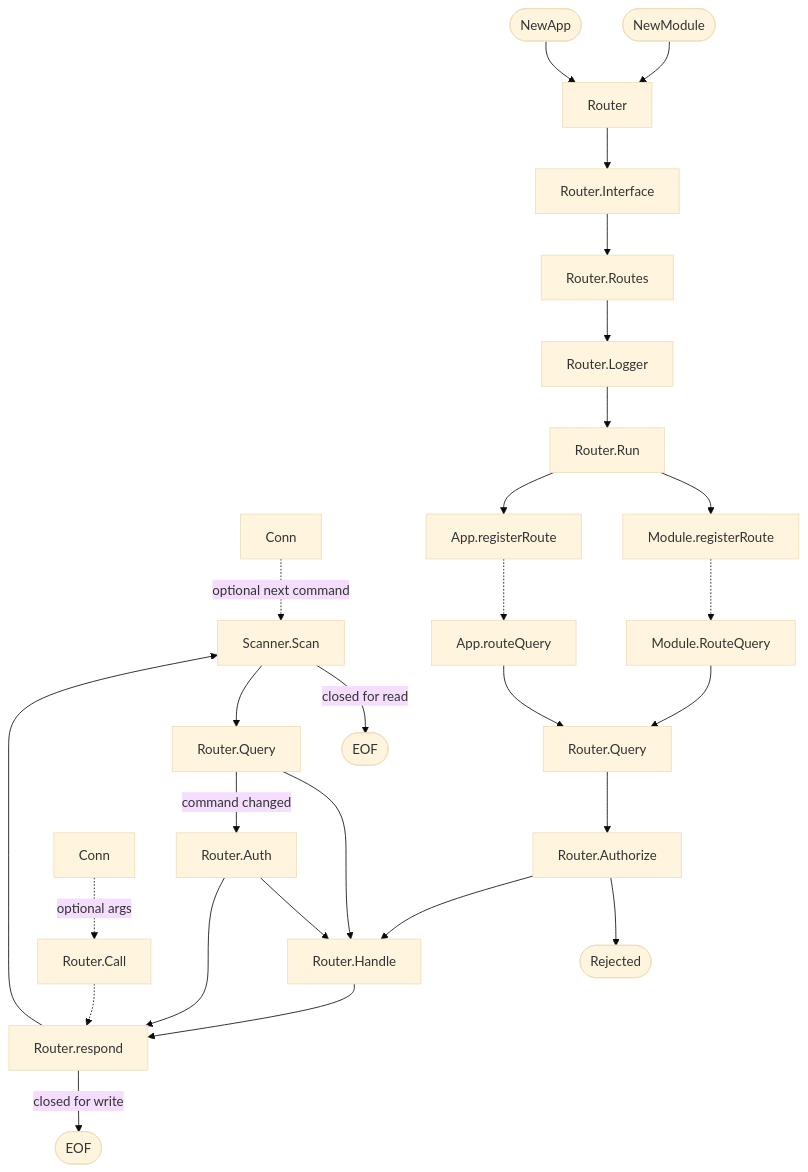
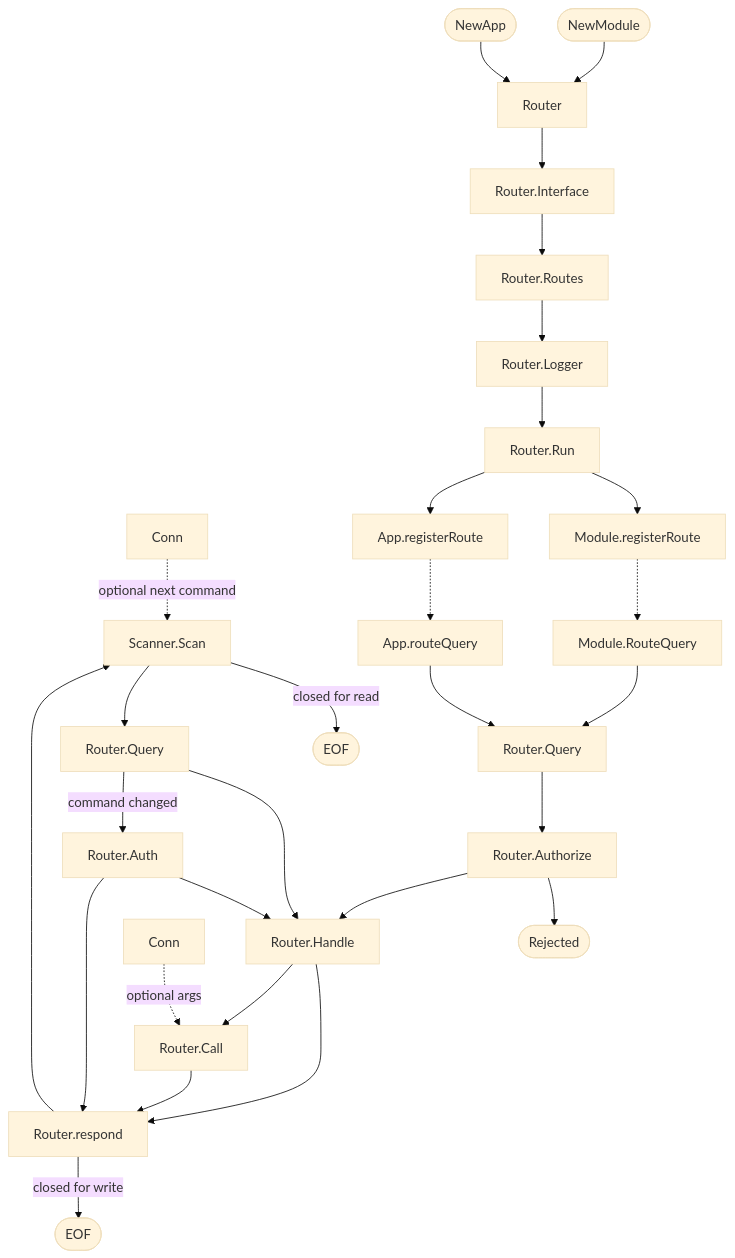
The second of 2 diagrams in flow.md (cryptopunkscc/go-apphost-jrpc), drawn with Mermaid (base theme) before and after one commit. The commit also changed 6 other files, not shown here.

Commit message:
fix: flow authorization

````diff
--- a/flow.md
+++ b/flow.md
@@ -16,34 +16,36 @@
 ```mermaid
 flowchart
     Scanner.Scan
     Router.Query
     Router.respond
+    Router.Call
+    Router.Auth
     Router.Handle
-    Router.Auth
-    Router.Call
+    Rejected
     Conn
     Conn2
-    
+
     NewModule([NewModule]) --> Router
     NewApp([NewApp]) --> Router -->
     Router.Interface --> Router.Routes --> Router.Logger --> 
     Router.Run --> 
     Module.registerRoute -.-> Module.RouteQuery
     Router.Run -->
     App.registerRoute -.-> App.routeQuery
     Module.RouteQuery --> Router.Query
     App.routeQuery --> Router.Query
     Router.Query --> Router.Authorize
-    Conn -. optional args.-> Router.Call
     Router.Authorize --> Rejected(["Rejected"])
-    Router.Handle --> Router.respond -- closed for write --> Return(["EOF"])
-    Router.Authorize --> Router.Handle
-    Router.Auth --> Router.Handle 
-    Router.Auth --> Router.respond
-    Router.Call[Router.Call] -.-> Router.respond
-    Router.respond --> Scanner.Scan -- closed for read --> Return2(["EOF"])
-    Conn2[Conn] -. optional next command .-> Scanner.Scan
-    Scanner.Scan --> Router.Query2[Router.Query] --> Router.Handle
-    Router.Query2 -- command changed --> Router.Auth
+Router.Handle --> Router.respond -- closed for write --> Return(["EOF"])
+Router.Authorize --> Router.Handle
+Router.Handle --> Router.Call
+Router.Auth --> Router.Handle
+Router.Auth --> Router.respond
+Router.Call[Router.Call] --> Router.respond
+Router.respond --> Scanner.Scan -- closed for read --> Return2(["EOF"])
+Conn2[Conn] -. optional next command .-> Scanner.Scan
+Scanner.Scan --> Router.Query2[Router.Query] --> Router.Handle
+Router.Query2 -- command changed --> Router.Auth
+Conn -. optional args.-> Router.Call
 %%    Router.Query2 -- command changed --> Router.Authorize2[Router.Authorize] --> Router.Handle
 ```
````
